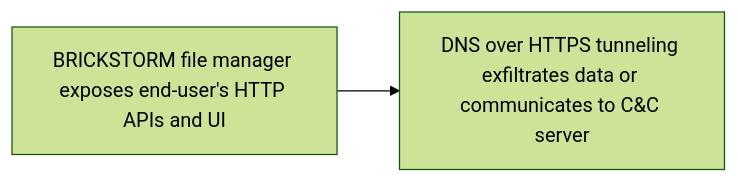
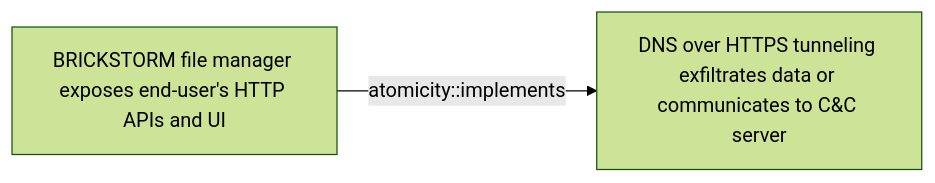
Before and after one commit to opentidehq/library: the diagram in docs/threats/brickstorm-file-manager-exposes-end-user-s-http-apis-and-ui.md, drawn with Mermaid (forest theme). The commit also changed other lines of this file and 277 other files, not shown here.

````diff
--- a/docs/threats/brickstorm-file-manager-exposes-end-user-s-http-apis-and-ui.md
+++ b/docs/threats/brickstorm-file-manager-exposes-end-user-s-http-apis-and-ui.md
@@ -50,6 +89,6 @@
 ```mermaid
 flowchart LR
 5e6af460_db12_4278_b44d_7a7a3fa7fe76["BRICKSTORM file manager exposes end-user's HTTP APIs and UI"]
 901dd804_00cc_4034_85aa_3d10e257c16c["DNS over HTTPS tunneling exfiltrates data or communicates to C&C server"]
-5e6af460_db12_4278_b44d_7a7a3fa7fe76 --> 901dd804_00cc_4034_85aa_3d10e257c16c
+5e6af460_db12_4278_b44d_7a7a3fa7fe76 -->|atomicity::implements| 901dd804_00cc_4034_85aa_3d10e257c16c
 ```
````
